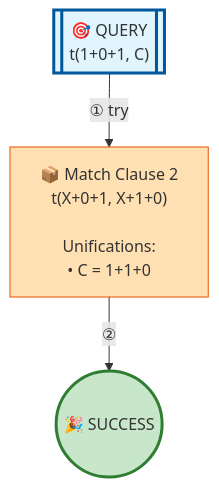
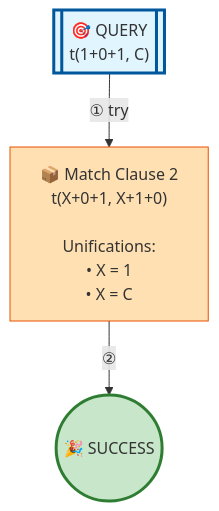
The diagram in examples/operator-detailed.md (jarecsni/prolog-trace-viz), drawn with Mermaid before and after one commit. The commit also changed 17 other files, not shown here.

````diff
--- a/examples/operator-detailed.md
+++ b/examples/operator-detailed.md
@@ -19,17 +19,17 @@
 ```mermaid
 graph TD
 
 %% Nodes
 A[["🎯 QUERY<br/>t(1+0+1, C)"]]
-B["📦 Match Clause 2<br/>t(X+0+1, X+1+0)<br/><br/>Unifications:<br/>• C = 1+1+0"]
+B["📦 Match Clause 2<br/>t(X+0+1, X+1+0)<br/><br/>Unifications:<br/>• X = 1<br/>• X = C"]
 C(("🎉 SUCCESS"))
 
 %% Edges
 A -->|"① try"| B
 B -->|"②"| C
 
 %% Styles
 style A fill:#e1f5ff,stroke:#01579b,stroke-width:3px
 style B fill:#ffe0b2,stroke:#e65100
 style C fill:#c8e6c9,stroke:#2e7d32,stroke-width:3px
 ```
````
